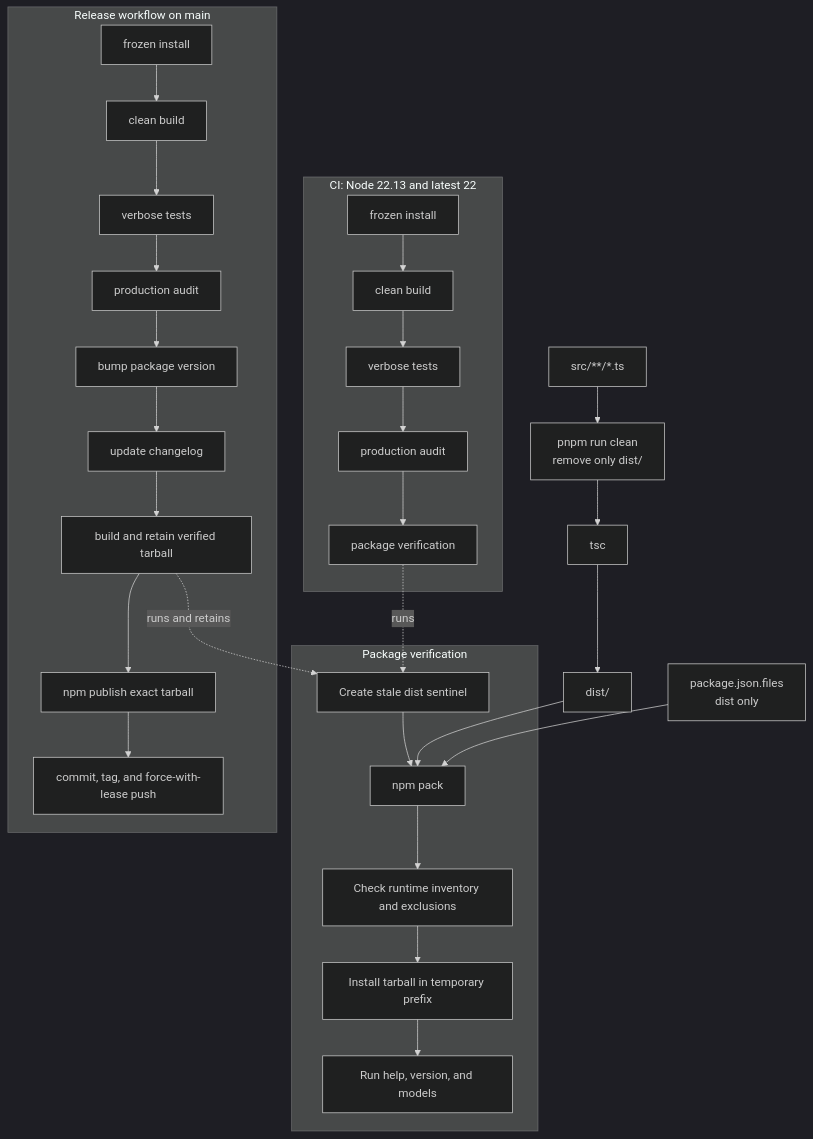
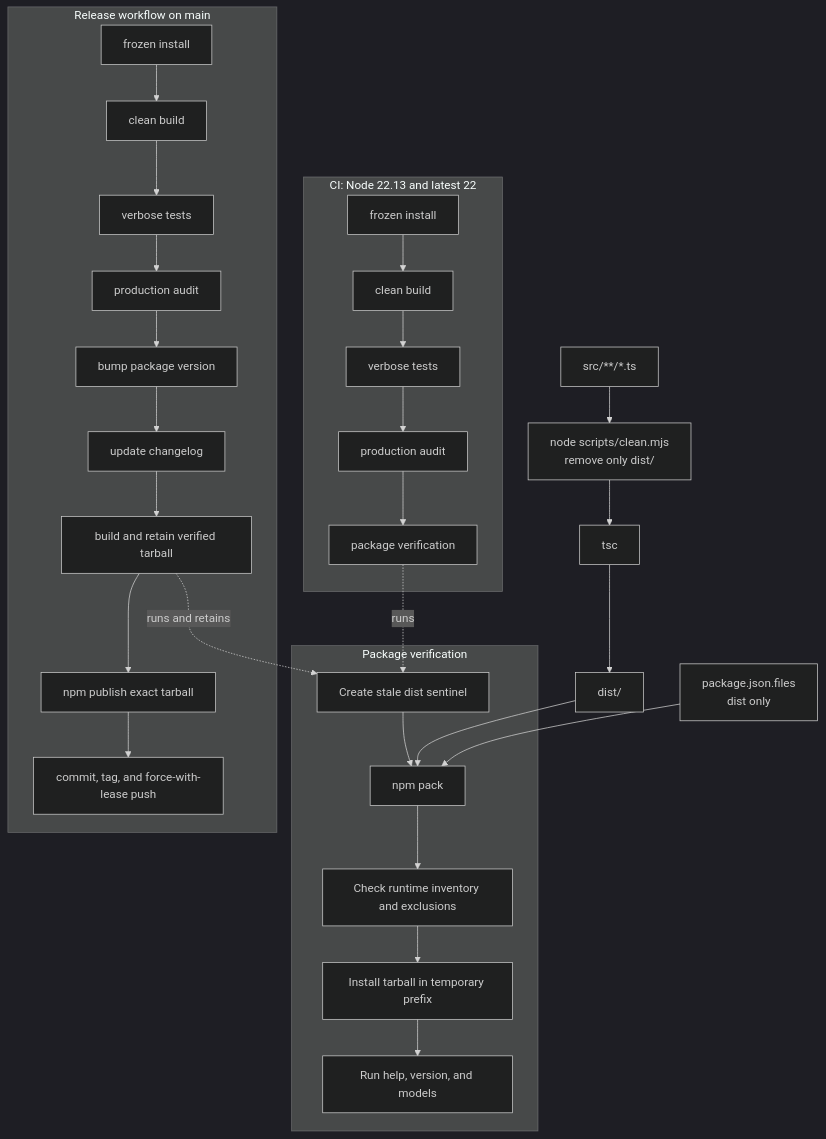
Before and after one commit to AndrewHuffman/hey-ai: the tenth of 10 diagrams in docs/architecture.md, drawn with Mermaid (dark theme). The commit also changed 3 other files, not shown here.

````diff
--- a/docs/architecture.md
+++ b/docs/architecture.md
@@ -407,36 +407,36 @@
 ```mermaid
 flowchart TB
-    Source["src/**/*.ts"] --> Clean["pnpm run clean<br/>remove only dist/"]
+    Source["src/**/*.ts"] --> Clean["node scripts/clean.mjs<br/>remove only dist/"]
     Clean --> Build["tsc"]
     Build --> Dist["dist/"]
     Allowlist["package.json.files<br/>dist only"] --> Pack["npm pack"]
     Dist --> Pack
 
     subgraph Smoke["Package verification"]
         Stale["Create stale dist sentinel"] --> Pack
         Pack --> Inventory["Check runtime inventory and exclusions"]
         Inventory --> InstallTar["Install tarball in temporary prefix"]
         InstallTar --> Commands["Run help, version, and models"]
     end
 
     subgraph CI["CI: Node 22.13 and latest 22"]
         InstallCI["frozen install"] --> BuildCI["clean build"]
         BuildCI --> TestCI["verbose tests"]
         TestCI --> AuditCI["production audit"]
         AuditCI --> SmokeCI["package verification"]
     end
 
     subgraph Release["Release workflow on main"]
         InstallRelease["frozen install"] --> BuildRelease["clean build"]
         BuildRelease --> TestRelease["verbose tests"]
         TestRelease --> AuditRelease["production audit"]
         AuditRelease --> Version["bump package version"]
         Version --> Change["update changelog"]
         Change --> VerifyRelease["build and retain verified tarball"]
         VerifyRelease --> Publish["npm publish exact tarball"]
         Publish --> Commit["commit, tag, and force-with-lease push"]
     end
 
     SmokeCI -. "runs" .-> Stale
     VerifyRelease -. "runs and retains" .-> Stale
 ```
````
